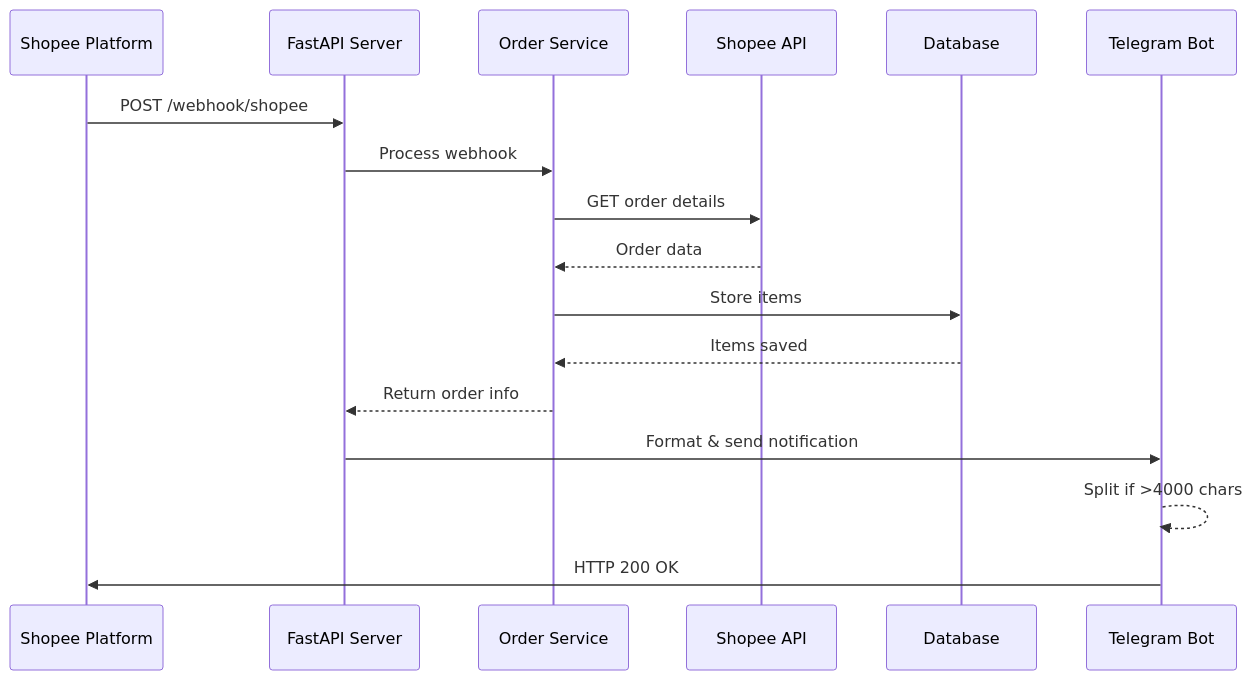
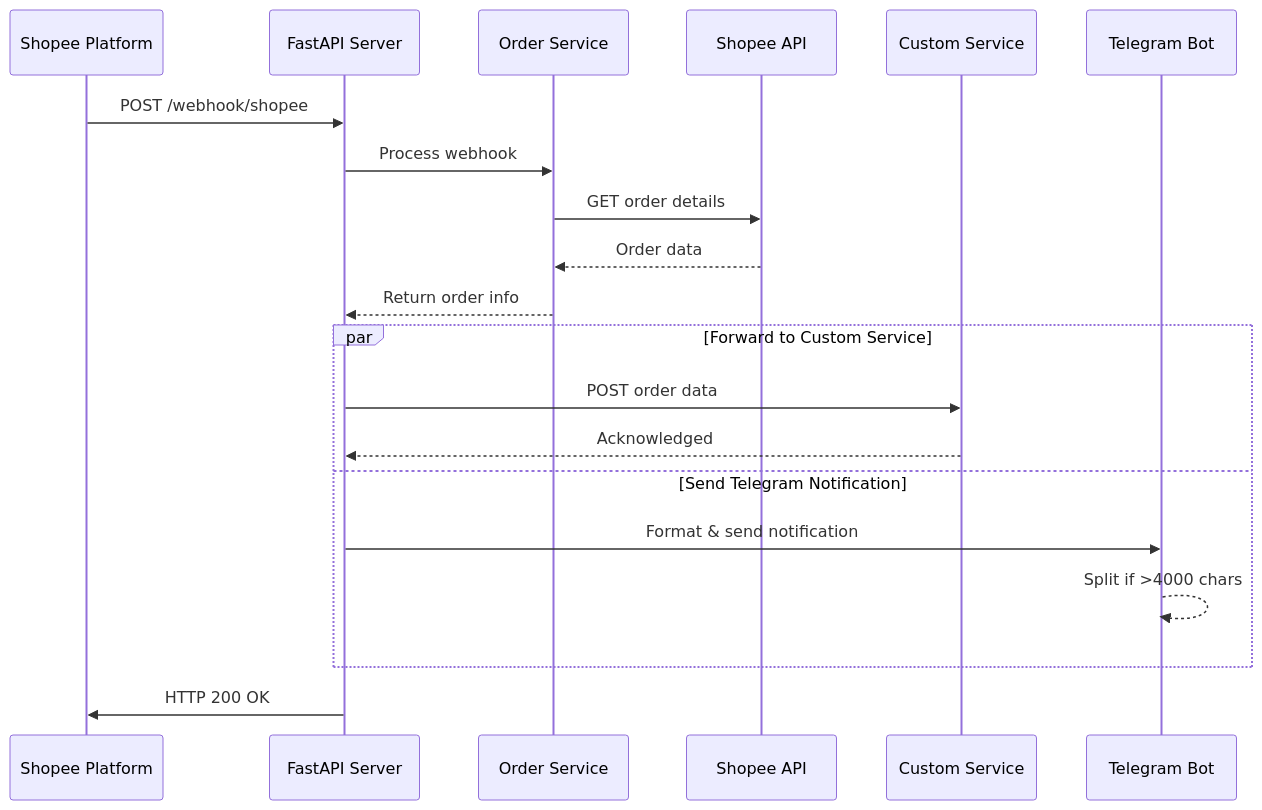
One commit to xKeNcHii/shopee-webhook-receiver changed the second of 3 diagrams in README.md. Above: the diagram before and after it, drawn with Mermaid. The commit also changed other lines of this file, not shown here.

First line of the commit message:
Update README.md to reflect forwarder architecture

````diff
--- a/README.md
+++ b/README.md
@@ -57,22 +55,26 @@
 ```mermaid
 sequenceDiagram
     participant Shopee as Shopee Platform
     participant API as FastAPI Server
     participant OrderService as Order Service
     participant ShopeeAPI as Shopee API
-    participant DB as Database
+    participant CustomService as Custom Service
     participant Telegram as Telegram Bot
 
     Shopee->>API: POST /webhook/shopee
     API->>OrderService: Process webhook
     OrderService->>ShopeeAPI: GET order details
     ShopeeAPI-->>OrderService: Order data
 
-    OrderService->>DB: Store items
-    DB-->>OrderService: Items saved
+    OrderService-->>API: Return order info
 
-    OrderService-->>API: Return order info
-    API->>Telegram: Format & send notification
-    Telegram-->>Telegram: Split if >4000 chars
-    Telegram->>Shopee: HTTP 200 OK
+    par Forward to Custom Service
+        API->>CustomService: POST order data
+        CustomService-->>API: Acknowledged
+    and Send Telegram Notification
+        API->>Telegram: Format & send notification
+        Telegram-->>Telegram: Split if >4000 chars
+    end
+
+    API->>Shopee: HTTP 200 OK
 ```
````
